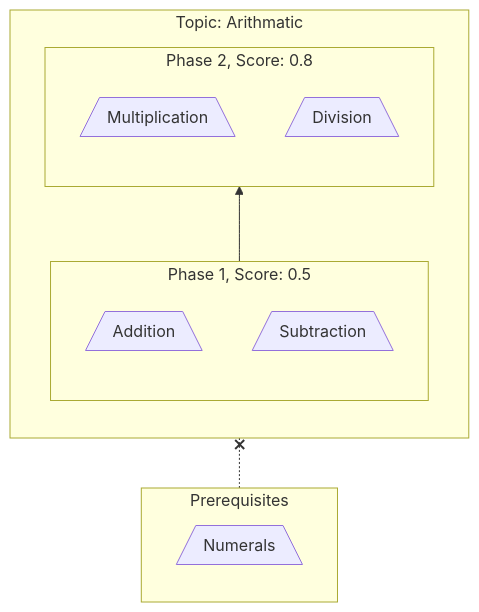
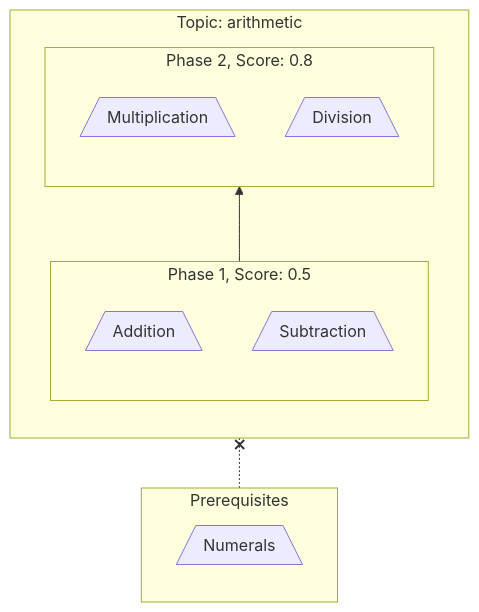
The third of 3 diagrams in specs/proficiency-score.md (openproficiency/model), drawn with Mermaid before and after one commit. The commit also changed other lines of this file and 4 other files, not shown here.

````diff
--- a/specs/proficiency-score.md
+++ b/specs/proficiency-score.md
@@ -72,28 +72,28 @@
 ```mermaid
 flowchart BT
 
 subgraph prereq["Prerequisites"]
   numbers1[/Numerals\]
 end
 
-subgraph arithmatic["Topic: Arithmatic"]
+subgraph arithmetic["Topic: arithmetic"]
   direction BT
 
   subgraph level1["Phase 1, Score: 0.5"]
     direction BT
     add[/Addition\]
     subtract[/Subtraction\]
   end
 
   subgraph level2["Phase 2, Score: 0.8"]
     direction BT
     multiplication[/Multiplication\]
     division[/Division\]
   end
 
   level1 -->
   level2
 end
 
-prereq -.-x arithmatic
+prereq -.-x arithmetic
 ```
````
